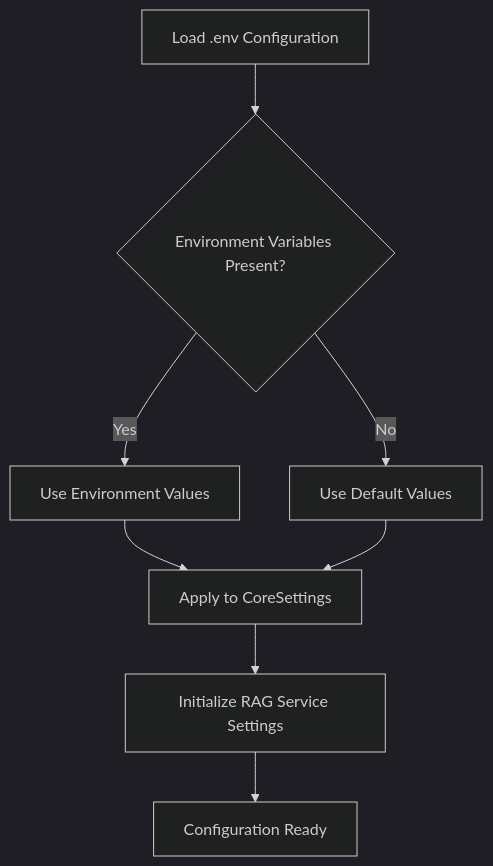
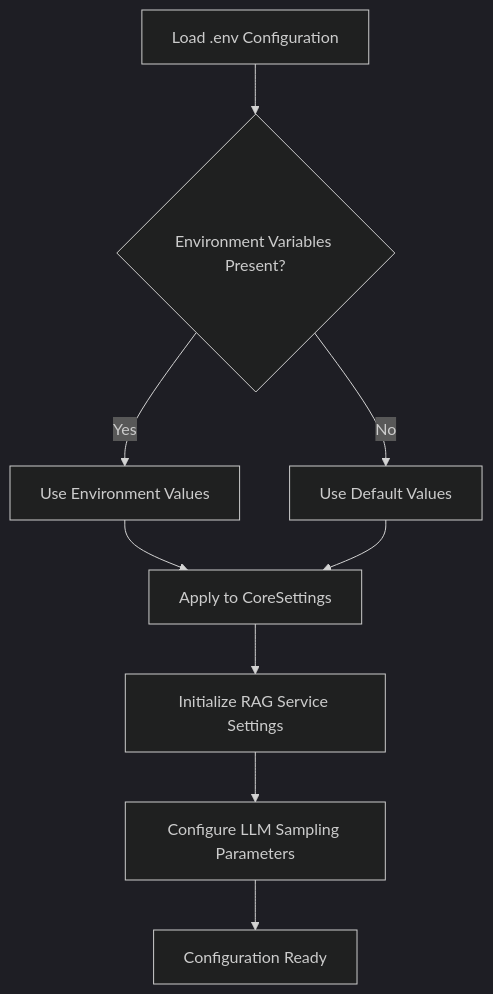
Before and after one commit to ognelis/cafetera_hr_bot: the eighth of 13 diagrams in .qoder/repowiki/en/content/API Reference/RAG Client Integration.md, drawn with Mermaid (dark theme). The commit also changed other lines of this file and 9 other files, not shown here.

````diff
--- a/.qoder/repowiki/en/content/API Reference/RAG Client Integration.md
+++ b/.qoder/repowiki/en/content/API Reference/RAG Client Integration.md
@@ -383,10 +403,11 @@
 ```mermaid
 flowchart TD
 ConfigLoad["Load .env Configuration"] --> ValidateEnv{"Environment Variables Present?"}
 ValidateEnv --> |Yes| UseEnv["Use Environment Values"]
 ValidateEnv --> |No| UseDefaults["Use Default Values"]
 UseEnv --> ApplySettings["Apply to CoreSettings"]
 UseDefaults --> ApplySettings
 ApplySettings --> ServiceConfig["Initialize RAG Service Settings"]
-ServiceConfig --> Ready["Configuration Ready"]
+ServiceConfig --> SamplingParams["Configure LLM Sampling Parameters"]
+SamplingParams --> Ready["Configuration Ready"]
 ```
````
